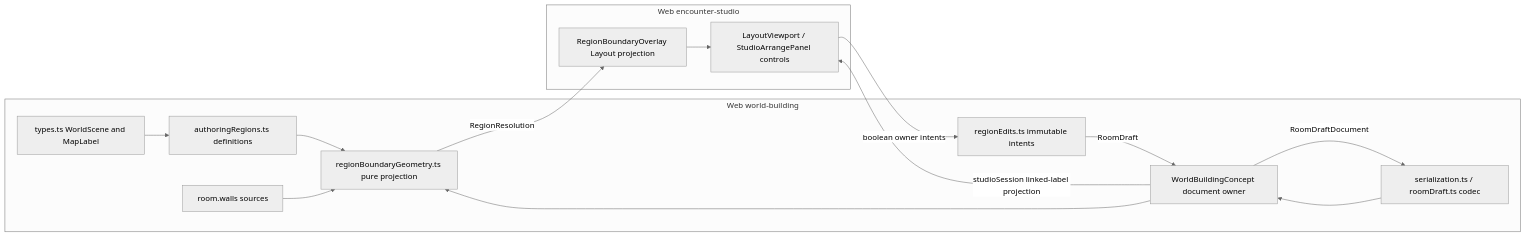
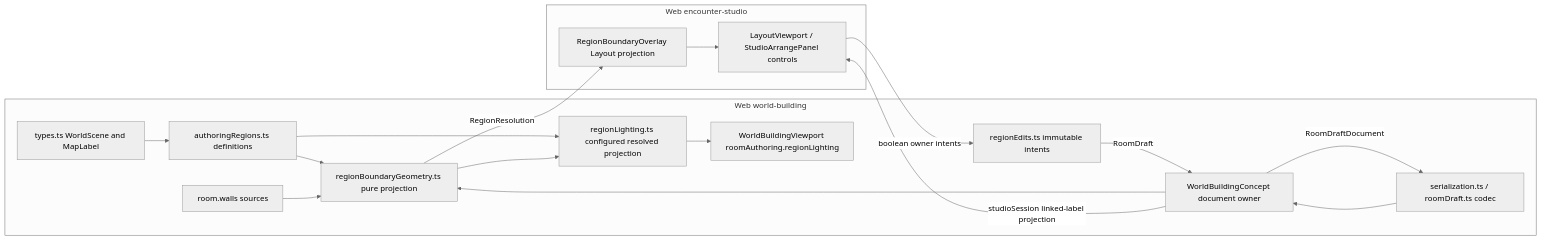
One commit to KirkDiggler/rpg-dnd5e-web changed the diagram in docs/architecture/components/encounter-studio-regions/README.md. Above: the diagram before and after it, drawn with Mermaid (neutral theme). The commit also changed other lines of this file and 22 other files, not shown here.

First line of the commit message:
feat(studio): add optional region lighting intent and projection

````diff
--- a/docs/architecture/components/encounter-studio-regions/README.md
+++ b/docs/architecture/components/encounter-studio-regions/README.md
@@ -14,18 +15,21 @@
 ```mermaid
 flowchart LR
   subgraph WB[Web world-building]
     T[types.ts WorldScene and MapLabel] --> A[authoringRegions.ts definitions]
     C[serialization.ts / roomDraft.ts codec] --> O[WorldBuildingConcept document owner]
     A --> G[regionBoundaryGeometry.ts pure projection]
     W[room.walls sources] --> G
     O --> G
+    A --> F[regionLighting.ts configured resolved projection]
+    G --> F
+    F --> VP[WorldBuildingViewport roomAuthoring.regionLighting]
     E[regionEdits.ts immutable intents] -->|RoomDraft| O
     O -->|RoomDraftDocument| C
   end
   subgraph Studio[Web encounter-studio]
     G -->|RegionResolution| V[RegionBoundaryOverlay Layout projection]
     O -->|studioSession linked-label projection| U[LayoutViewport / StudioArrangePanel controls]
     U -->|boolean owner intents| E
     V --> U
   end
 ```
````
